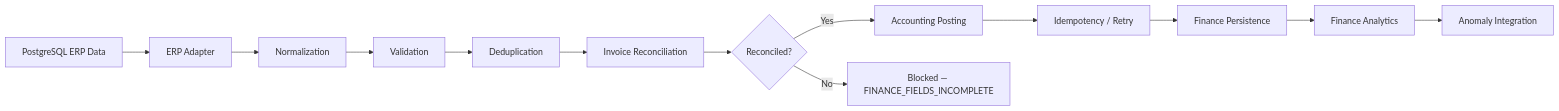
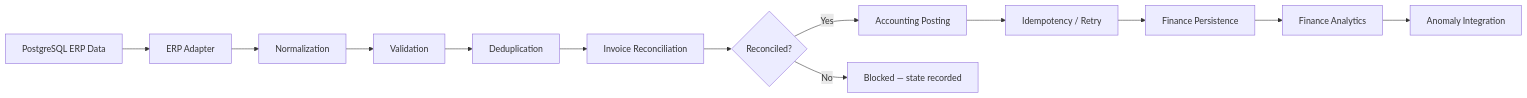
One commit to OjusGupta/Finsight changed the fourth of 5 diagrams in README.md. Above: the diagram before and after it, drawn with Mermaid. The commit also changed other lines of this file and 45 other files, not shown here.

````diff
--- a/README.md
+++ b/README.md
@@ -64,15 +178,15 @@
 ```mermaid
 flowchart LR
     A[PostgreSQL ERP Data] --> B[ERP Adapter]
     B --> C[Normalization]
     C --> D[Validation]
     D --> E[Deduplication]
     E --> F[Invoice Reconciliation]
     F --> G{Reconciled?}
     G -- Yes --> H[Accounting Posting]
-    G -- No --> I[Blocked — FINANCE_FIELDS_INCOMPLETE]
+    G -- No --> I[Blocked — state recorded]
     H --> J[Idempotency / Retry]
     J --> K[Finance Persistence]
     K --> L[Finance Analytics]
     L --> M[Anomaly Integration]
 ```
````
